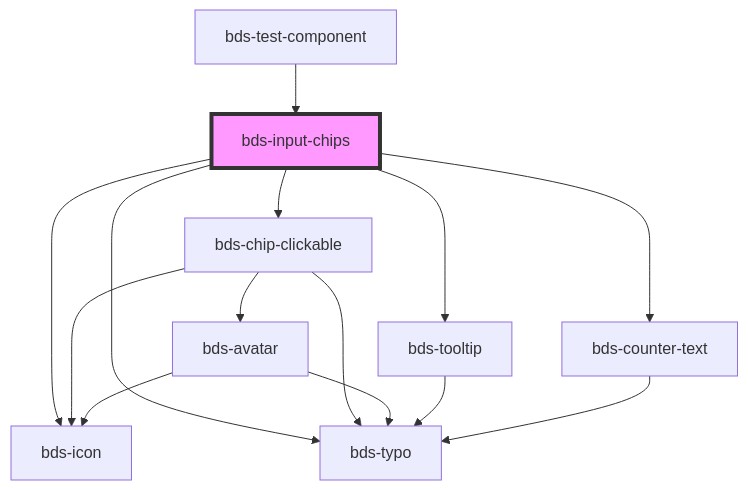
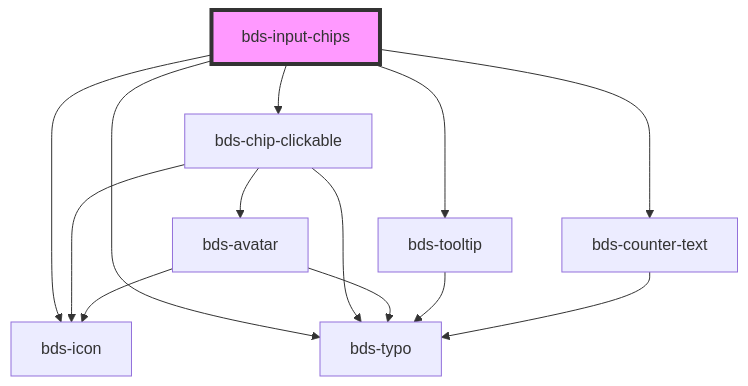
One commit to takenet/blip-ds changed the diagram in src/components/input-chips/readme.md. Above: the diagram before and after it, drawn with Mermaid. The commit also changed other lines of this file and 40 other files, not shown here.

Commit message:
feat(test-components): remove components example from test component

````diff
--- a/src/components/input-chips/readme.md
+++ b/src/components/input-chips/readme.md
@@ -133,17 +129,16 @@
 ```mermaid
 graph TD;
   bds-input-chips --> bds-chip-clickable
   bds-input-chips --> bds-tooltip
   bds-input-chips --> bds-icon
   bds-input-chips --> bds-typo
   bds-input-chips --> bds-counter-text
   bds-chip-clickable --> bds-icon
   bds-chip-clickable --> bds-avatar
   bds-chip-clickable --> bds-typo
   bds-avatar --> bds-typo
   bds-avatar --> bds-icon
   bds-tooltip --> bds-typo
   bds-counter-text --> bds-typo
-  bds-test-component --> bds-input-chips
   style bds-input-chips fill:#f9f,stroke:#333,stroke-width:4px
 ```
````
